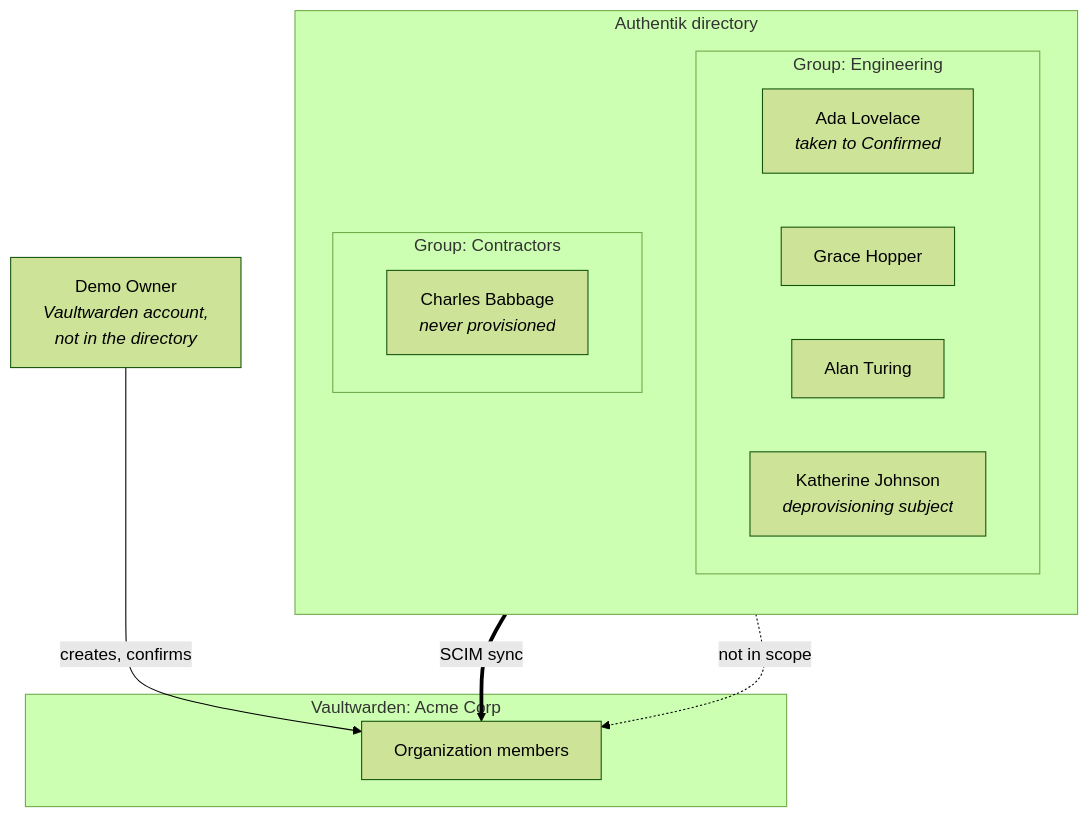
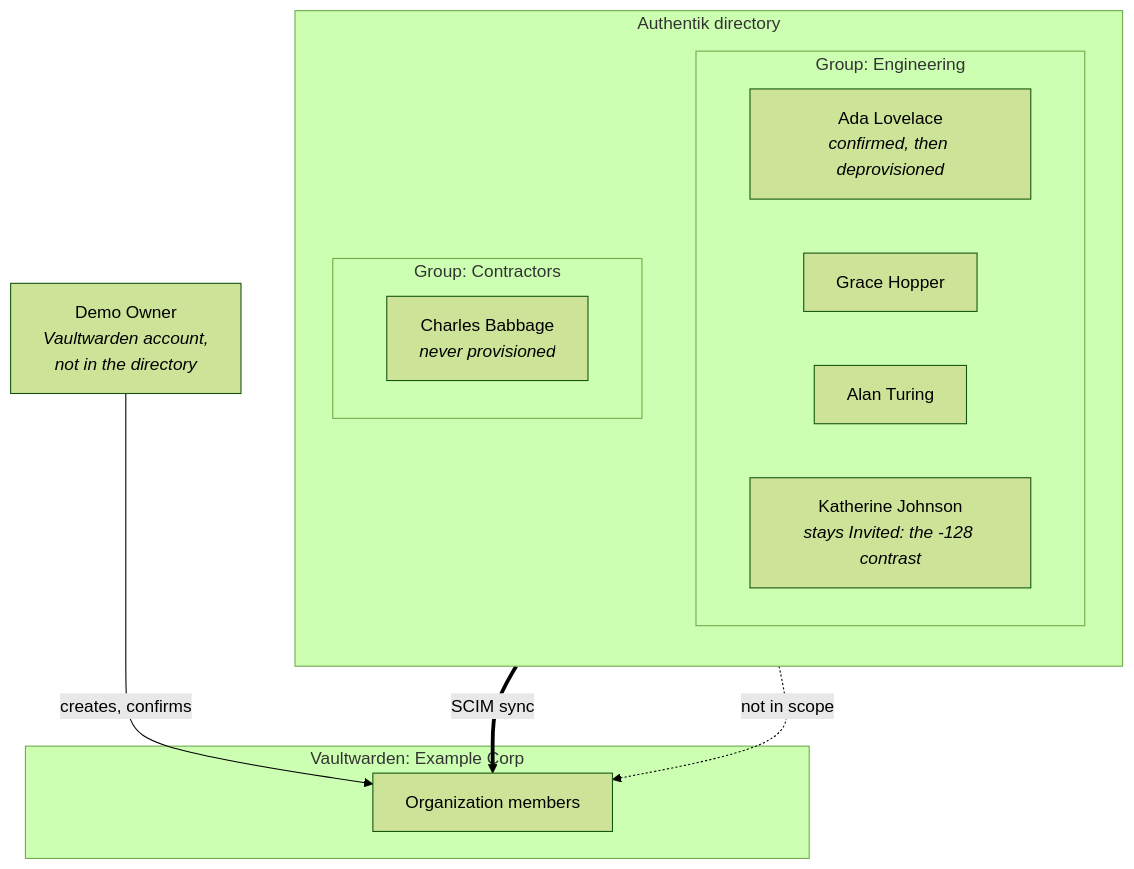
The second of 6 diagrams in docs/scim/demo.md (croftinator/vaultwarden-scim-v2), drawn with Mermaid (forest theme) before and after one commit. The commit also changed 4 other files, not shown here.

````diff
--- a/docs/scim/demo.md
+++ b/docs/scim/demo.md
@@ -64,26 +64,26 @@
 ```mermaid
 flowchart TB
     subgraph ak["Authentik directory"]
         direction TB
         subgraph eng["Group: Engineering"]
-            ADA["Ada Lovelace<br/><i>taken to Confirmed</i>"]
+            ADA["Ada Lovelace<br/><i>confirmed, then deprovisioned</i>"]
             GRACE["Grace Hopper"]
             ALAN["Alan Turing"]
-            KATH["Katherine Johnson<br/><i>deprovisioning subject</i>"]
+            KATH["Katherine Johnson<br/><i>stays Invited: the -128 contrast</i>"]
         end
         subgraph con["Group: Contractors"]
             CHARLES["Charles Babbage<br/><i>never provisioned</i>"]
         end
     end
 
     OWNER["Demo Owner<br/><i>Vaultwarden account,<br/>not in the directory</i>"]
 
     eng ==>|"SCIM sync"| ORG
     con -.->|"not in scope"| ORG
 
-    subgraph vw["Vaultwarden: Acme Corp"]
+    subgraph vw["Vaultwarden: Example Corp"]
         ORG["Organization members"]
     end
 
     OWNER -->|"creates, confirms"| ORG
 ```
````
